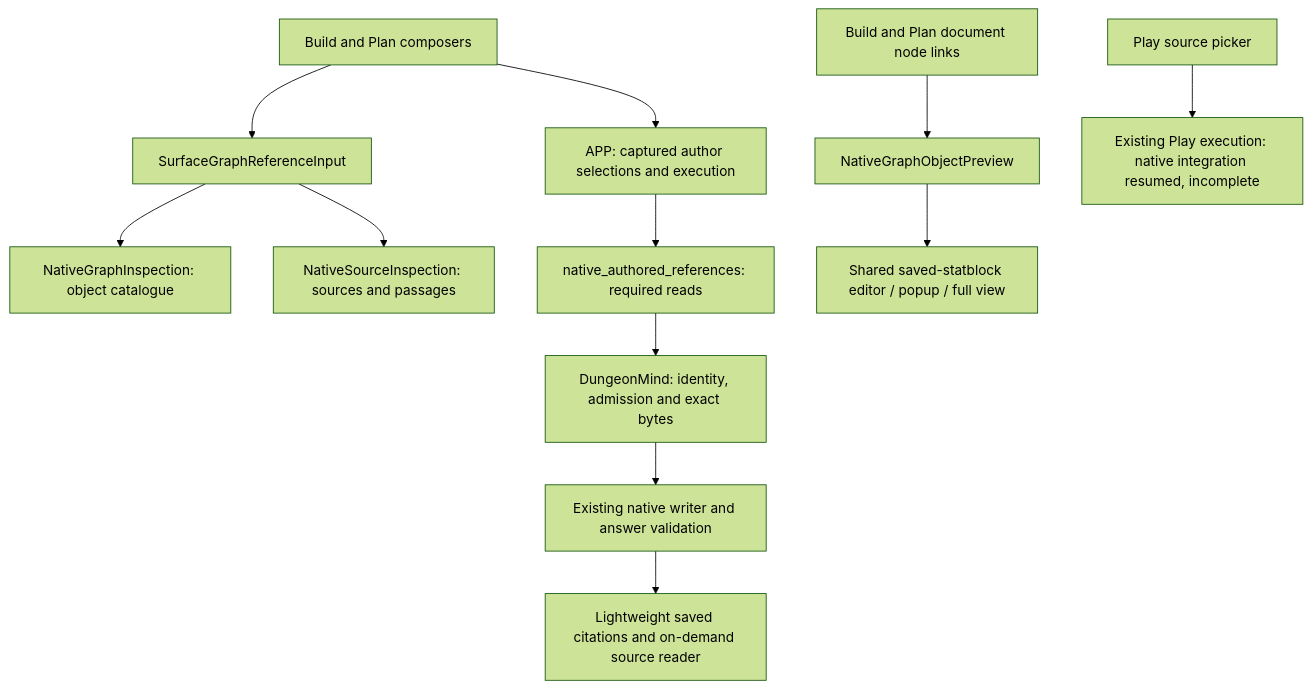
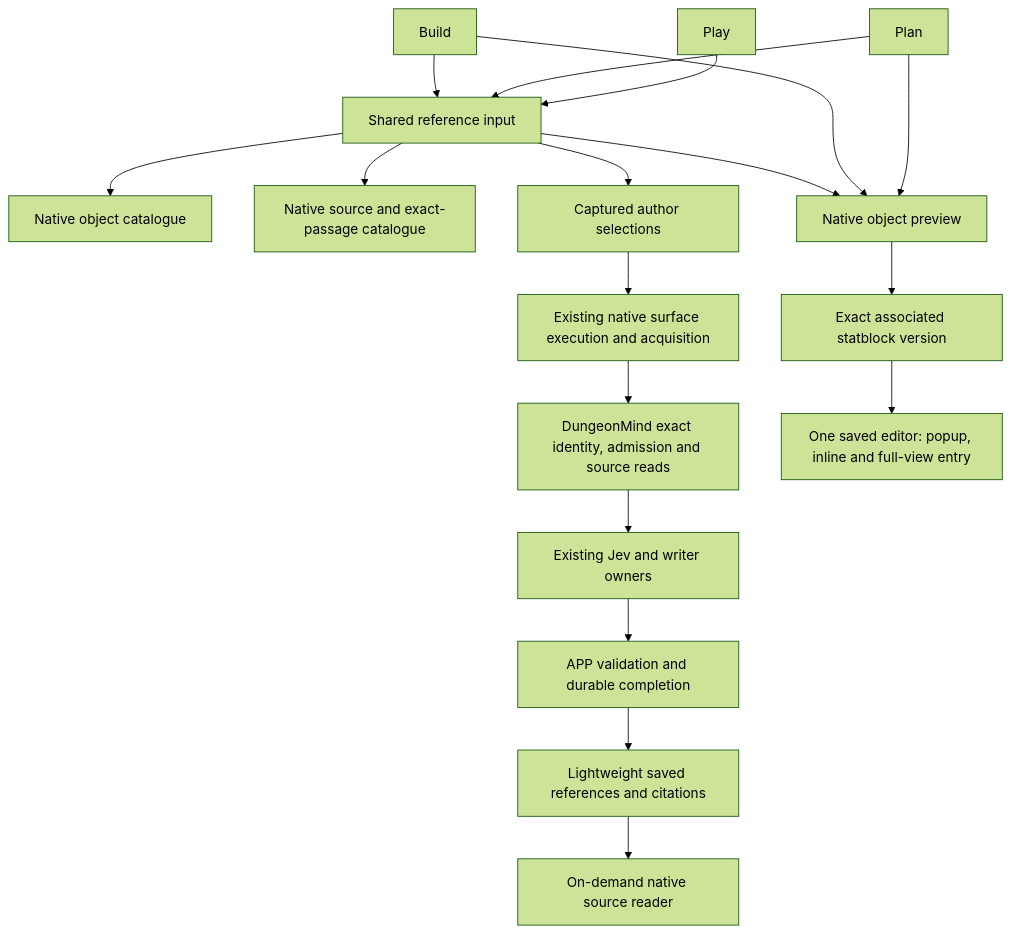
Before and after one commit to Drakosfire/DungeonMindBuddy: the diagram in Docs/Plans/HANDOFF-REFERENCE-adoption-inventory.md, drawn with Mermaid (forest theme). The commit also changed other lines of this file and 3 other files, not shown here.

Commit message:
REFERENCE: reconcile integration owners and remaining proof

````diff
--- a/Docs/Plans/HANDOFF-REFERENCE-adoption-inventory.md
+++ b/Docs/Plans/HANDOFF-REFERENCE-adoption-inventory.md
@@ -22,14 +19,20 @@
 ```mermaid
 flowchart TD
-  B[Build and Plan composers] --> P[SurfaceGraphReferenceInput]
-  P --> O[NativeGraphInspection: object catalogue]
-  P --> S[NativeSourceInspection: sources and passages]
-  B --> A[APP: captured author selections and execution]
-  A --> N[native_authored_references: required reads]
-  N --> D[DungeonMind: identity, admission and exact bytes]
-  D --> W[Existing native writer and answer validation]
-  W --> C[Lightweight saved citations and on-demand source reader]
-  L[Build and Plan document node links] --> I[NativeGraphObjectPreview]
-  I --> E[Shared saved-statblock editor / popup / full view]
-  Y[Play source picker] --> H[Existing Play execution: native integration resumed, incomplete]
+  B[Build] --> P[Shared reference input]
+  A[Plan] --> P
+  Y[Play] --> P
+  P --> O[Native object catalogue]
+  P --> S[Native source and exact-passage catalogue]
+  P --> H[Captured author selections]
+  H --> N[Existing native surface execution and acquisition]
+  N --> D[DungeonMind exact identity, admission and source reads]
+  D --> W[Existing Jev and writer owners]
+  W --> C[APP validation and durable completion]
+  C --> L[Lightweight saved references and citations]
+  L --> R[On-demand native source reader]
+  P --> V[Native object preview]
+  B --> V
+  A --> V
+  V --> E[Exact associated statblock version]
+  E --> F[One saved editor: popup, inline and full-view entry]
 ```
````
